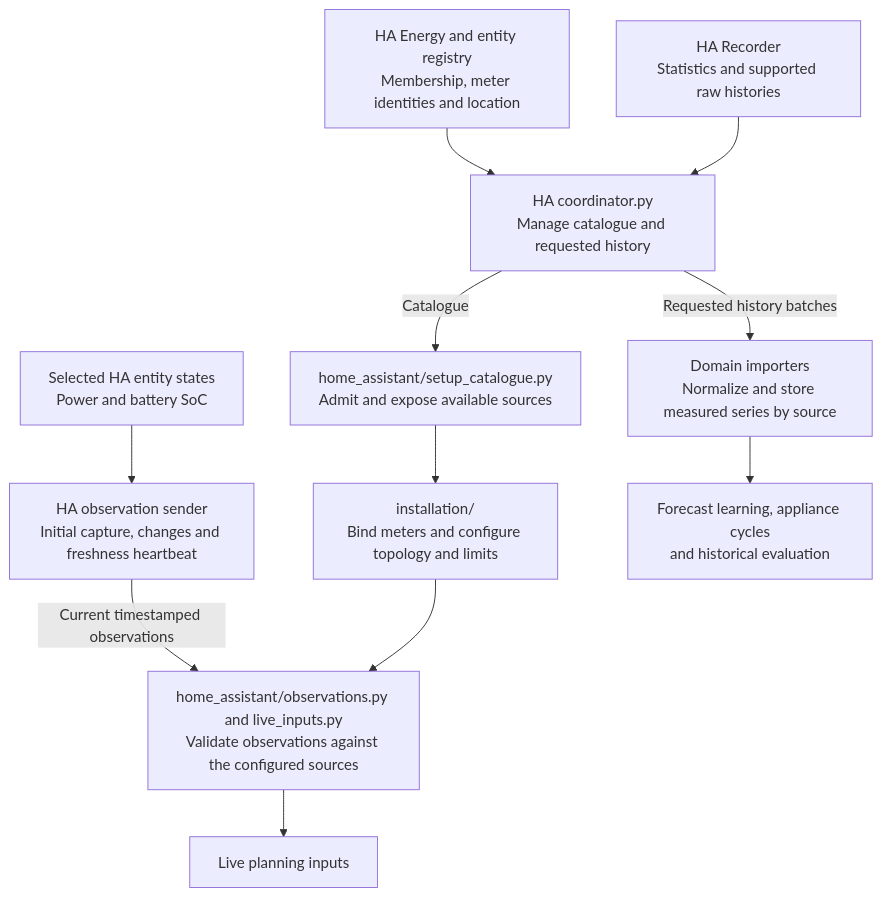
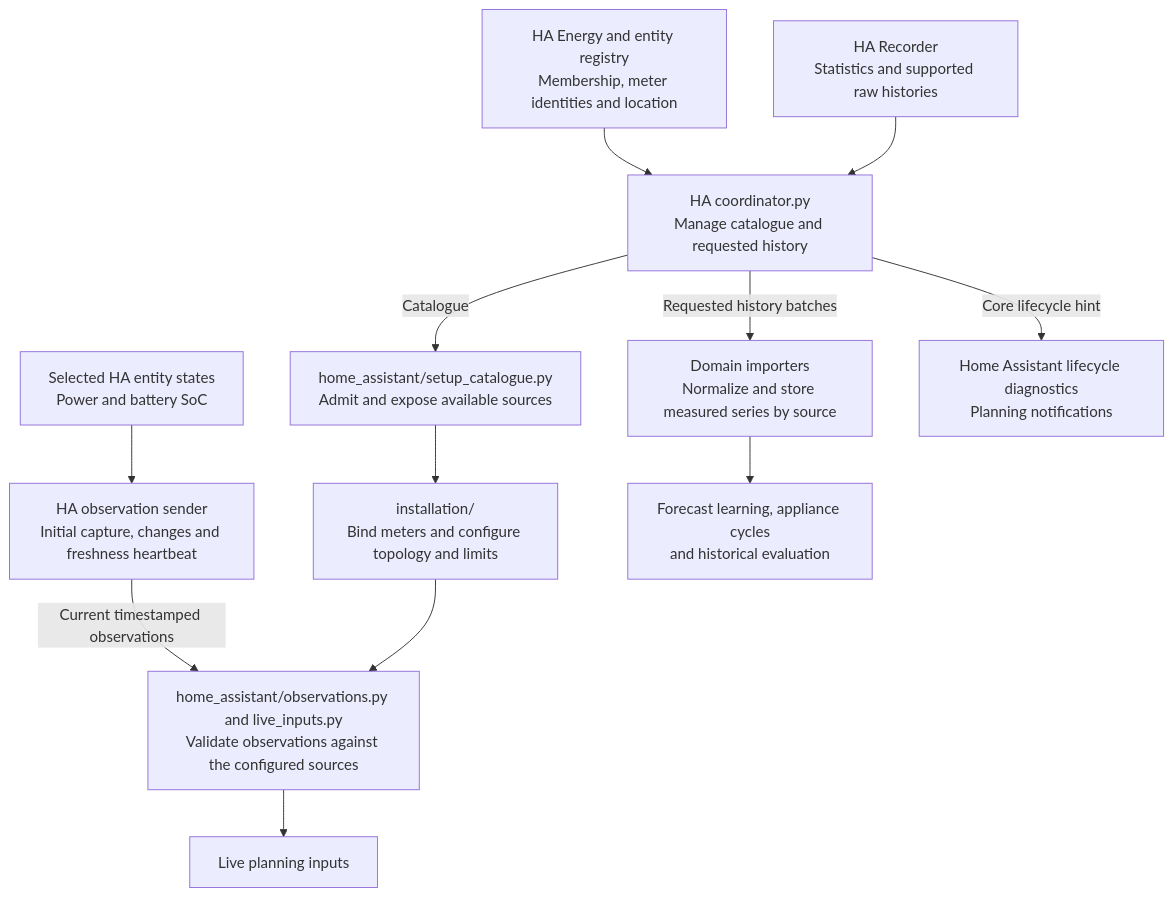
One commit to patrickvorgers/open-energy-planner changed the second of 8 diagrams in docs/development/ARCHITECTURE-OVERVIEW.md. Above: the diagram before and after it, drawn with Mermaid. The commit also changed 16 other files, not shown here.

Commit message:
Explain Home Assistant restarts and name one blocking sensor

````diff
--- a/docs/development/ARCHITECTURE-OVERVIEW.md
+++ b/docs/development/ARCHITECTURE-OVERVIEW.md
@@ -77,15 +77,16 @@
 ```mermaid
 flowchart TD
     accTitle: Home Assistant source and measurement flow
-    accDescr: Home Assistant pushes coalesced, timestamped captures of selected sources and independently responds to app requests for bounded Recorder history. App services own admission and planning roles.
+    accDescr: Home Assistant pushes selected-source captures, responds to requested Recorder history, and reports graceful Core lifecycle events. The app owns input admission and uses the lifecycle hints for notifications.
     ENERGY["HA Energy and entity registry<br/>Membership, meter identities and location"] --> HA["HA coordinator.py<br/>Manage catalogue and requested history"]
     STATES["Selected HA entity states<br/>Power and battery SoC"] --> PUSH["HA observation sender<br/>Initial capture, changes and freshness heartbeat"]
     RECORDER["HA Recorder<br/>Statistics and supported raw histories"] --> HA
     HA -->|Catalogue| CATALOGUE["home_assistant/setup_catalogue.py<br/>Admit and expose available sources"]
     PUSH -->|Current timestamped observations| OBS["home_assistant/observations.py and live_inputs.py<br/>Validate observations against the configured sources"]
     HA -->|Requested history batches| HIST["Domain importers<br/>Normalize and store measured series by source"]
+    HA -->|Core lifecycle hint| NOTICE["Home Assistant lifecycle diagnostics<br/>Planning notifications"]
     CATALOGUE --> CONFIG["installation/<br/>Bind meters and configure topology and limits"]
     CONFIG --> OBS
     OBS --> LIVE["Live planning inputs"]
     HIST --> DOWNSTREAM["Forecast learning, appliance cycles<br/>and historical evaluation"]
 ```
````
